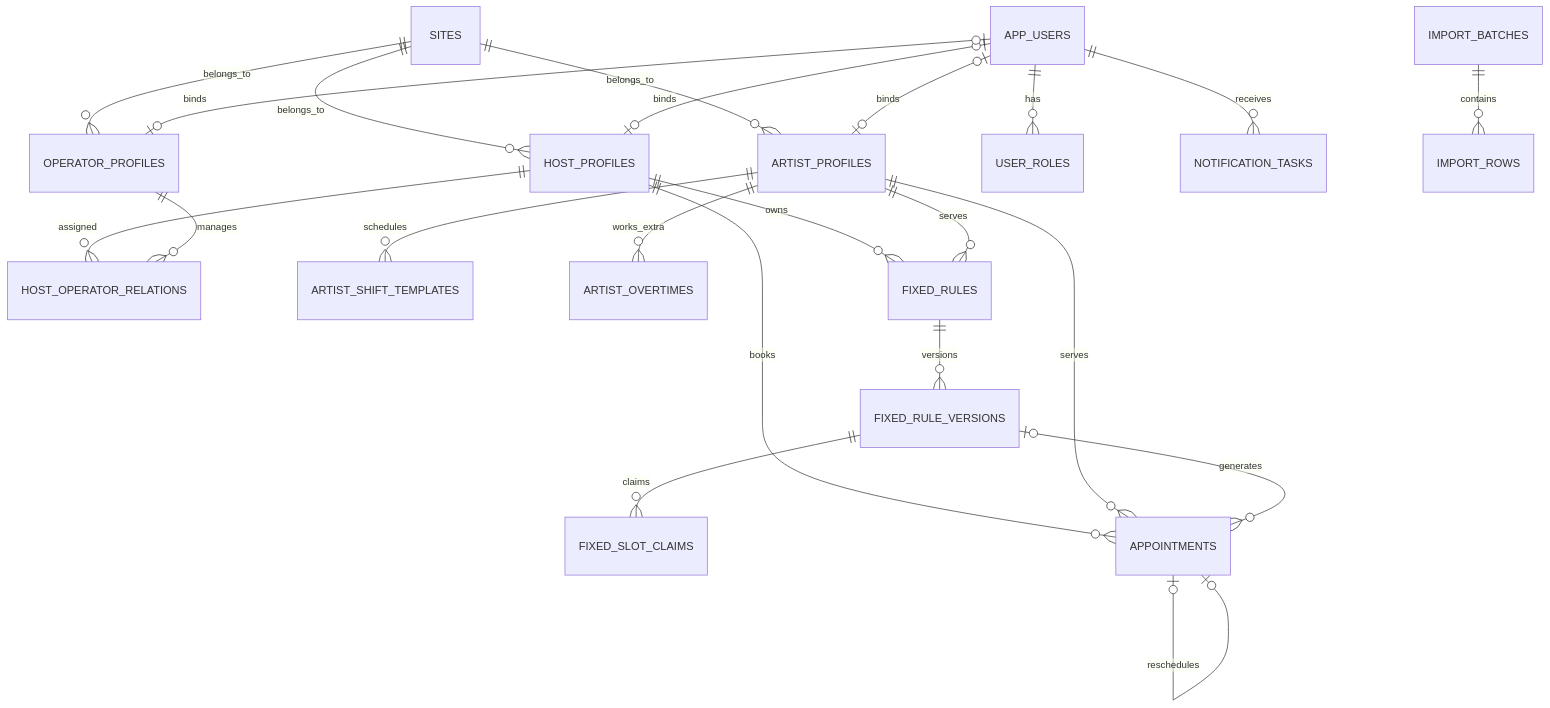
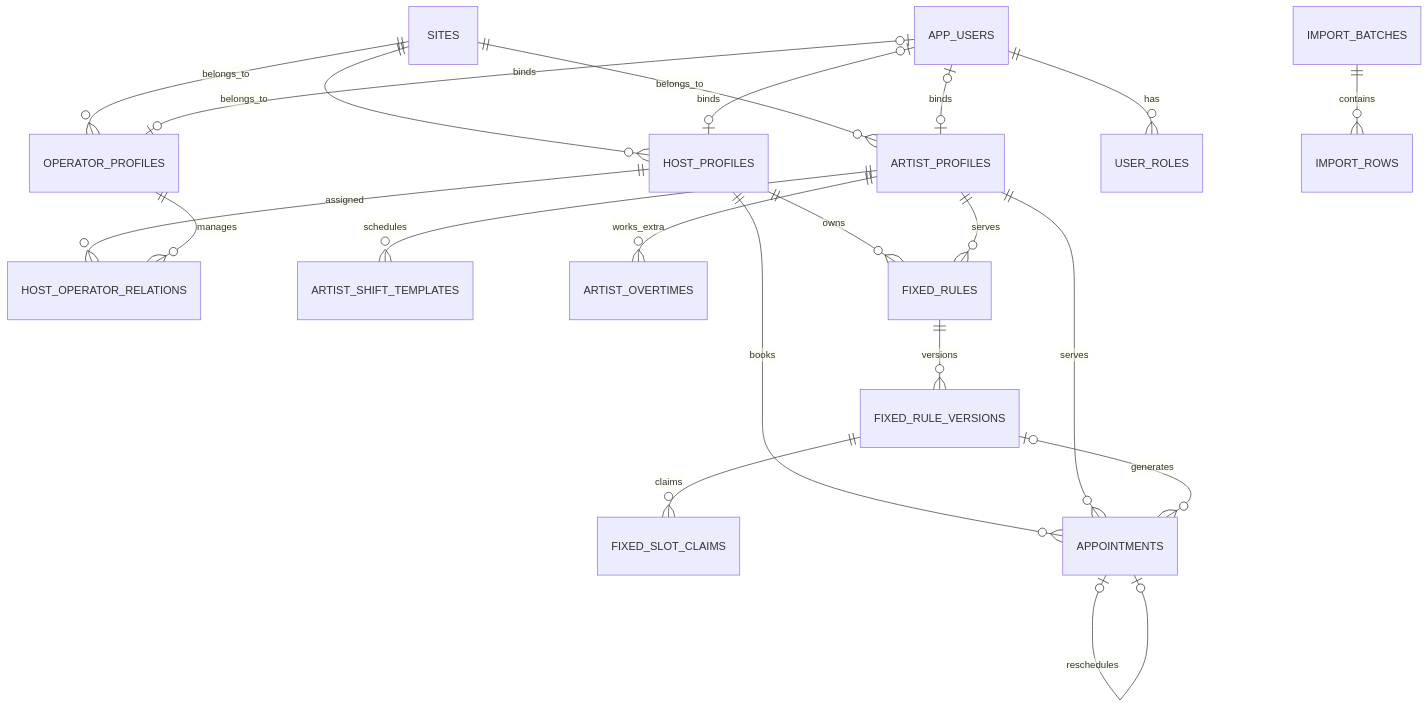
One commit to kusento173-del/makeup-booking-system changed the diagram in docs/数据字典与数据库设计.md. Above: the diagram before and after it, drawn with Mermaid. The commit also changed other lines of this file and 90 other files, not shown here.

````diff
--- a/docs/数据字典与数据库设计.md
+++ b/docs/数据字典与数据库设计.md
@@ -110,24 +110,23 @@
 ```mermaid
 erDiagram
     SITES ||--o{ HOST_PROFILES : belongs_to
     SITES ||--o{ ARTIST_PROFILES : belongs_to
     SITES ||--o{ OPERATOR_PROFILES : belongs_to
     APP_USERS ||--o{ USER_ROLES : has
     APP_USERS o|--o| HOST_PROFILES : binds
     APP_USERS o|--o| ARTIST_PROFILES : binds
     APP_USERS o|--o| OPERATOR_PROFILES : binds
     HOST_PROFILES ||--o{ HOST_OPERATOR_RELATIONS : assigned
     OPERATOR_PROFILES ||--o{ HOST_OPERATOR_RELATIONS : manages
     ARTIST_PROFILES ||--o{ ARTIST_SHIFT_TEMPLATES : schedules
     ARTIST_PROFILES ||--o{ ARTIST_OVERTIMES : works_extra
     HOST_PROFILES ||--o{ FIXED_RULES : owns
     ARTIST_PROFILES ||--o{ FIXED_RULES : serves
     FIXED_RULES ||--o{ FIXED_RULE_VERSIONS : versions
     FIXED_RULE_VERSIONS ||--o{ FIXED_SLOT_CLAIMS : claims
     HOST_PROFILES ||--o{ APPOINTMENTS : books
     ARTIST_PROFILES ||--o{ APPOINTMENTS : serves
     FIXED_RULE_VERSIONS o|--o{ APPOINTMENTS : generates
     APPOINTMENTS o|--o| APPOINTMENTS : reschedules
-    APP_USERS ||--o{ NOTIFICATION_TASKS : receives
     IMPORT_BATCHES ||--o{ IMPORT_ROWS : contains
 ```
````
